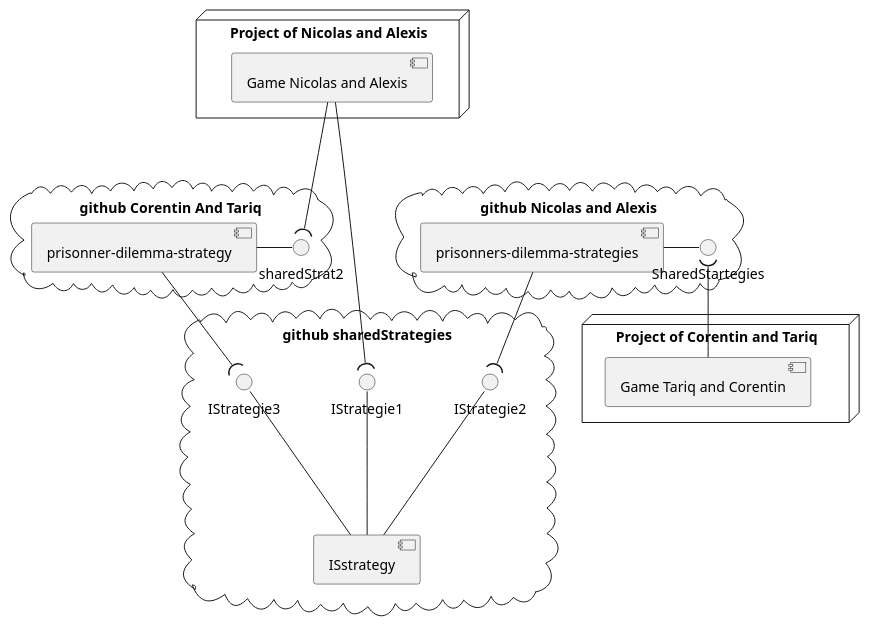
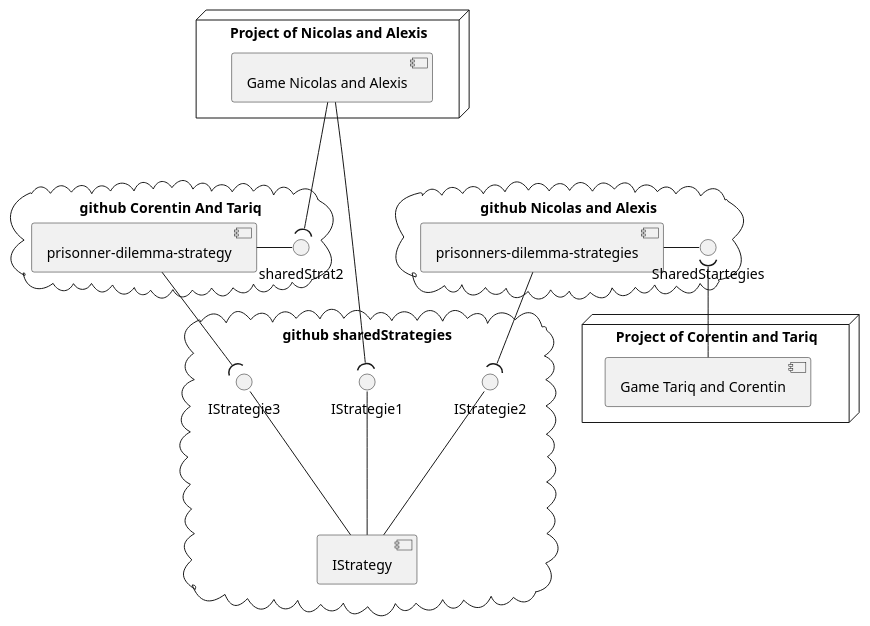
One commit to nicomr70/dilemme-prisonnier changed the diagram in docs/SharedProject.puml. Above: the diagram before and after it, drawn with PlantUML. The commit also changed 2 other files, not shown here.

```diff
--- a/docs/SharedProject.puml
+++ b/docs/SharedProject.puml
@@ -1,32 +1,32 @@
 @startuml
 'https://plantuml.com/component-diagram
 
 cloud "github sharedStrategies" {
 
-     IStrategie1 --- [ISstrategy]
-     IStrategie2 --- [ISstrategy]
-     IStrategie3 --- [ISstrategy]
+     IStrategie1 --- [IStrategy]
+     IStrategie2 --- [IStrategy]
+     IStrategie3 --- [IStrategy]
 }
 
 cloud "github Nicolas and Alexis"{
     [prisonners-dilemma-strategies] - SharedStartegies
     [prisonners-dilemma-strategies] --( IStrategie2
 }
 
 cloud "github Corentin And Tariq"{
     [prisonner-dilemma-strategy] - sharedStrat2
     [prisonner-dilemma-strategy] --( IStrategie3
 }
 
 
 node "Project of Nicolas and Alexis"{
     [Game Nicolas and Alexis] --( IStrategie1
     [Game Nicolas and Alexis] ---(sharedStrat2
 
 }
 
 node "Project of Corentin and Tariq"{
     [Game Tariq and Corentin]
      SharedStartegies )--[Game Tariq and Corentin]
 }
 @enduml
```
